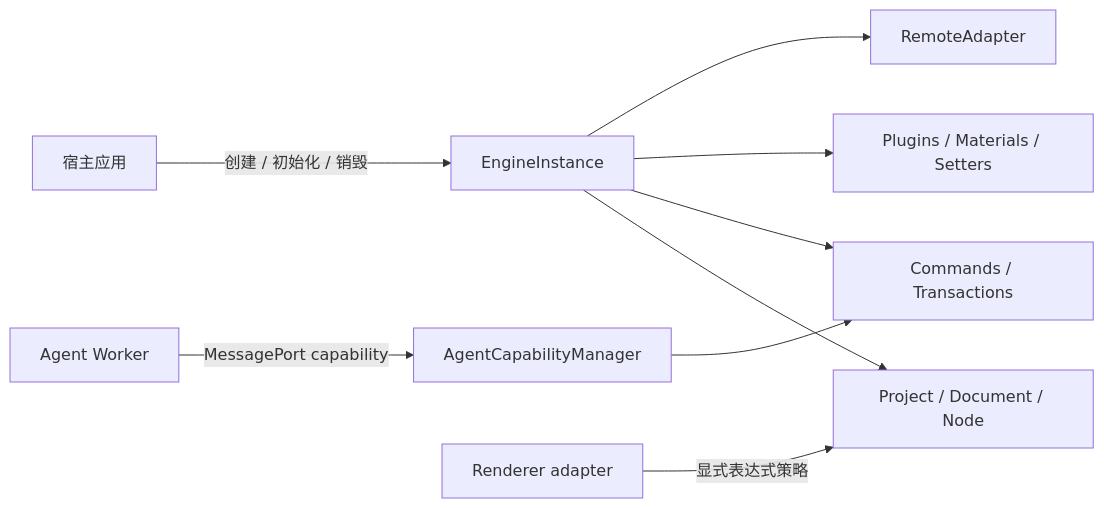
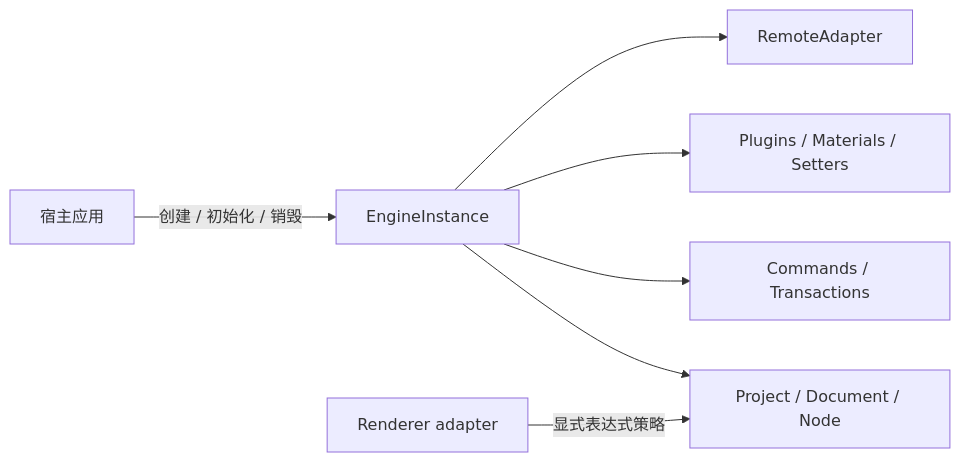
Before and after one commit to Easy-Editor/EasyEditor: the diagram in docs/design/overview.md, drawn with Mermaid. The commit also changed other lines of this file and 126 other files, not shown here.

````diff
--- a/docs/design/overview.md
+++ b/docs/design/overview.md
@@ -7,11 +7,9 @@
 ```mermaid
 flowchart LR
   Host[宿主应用] -->|创建 / 初始化 / 销毁| Engine[EngineInstance]
   Engine --> Project[Project / Document / Node]
   Engine --> Commands[Commands / Transactions]
   Engine --> Plugins[Plugins / Materials / Setters]
   Engine --> Remote[RemoteAdapter]
-  Worker[Agent Worker] -->|MessagePort capability| Agent[AgentCapabilityManager]
-  Agent --> Commands
   Renderer[Renderer adapter] -->|显式表达式策略| Project
 ```
````
